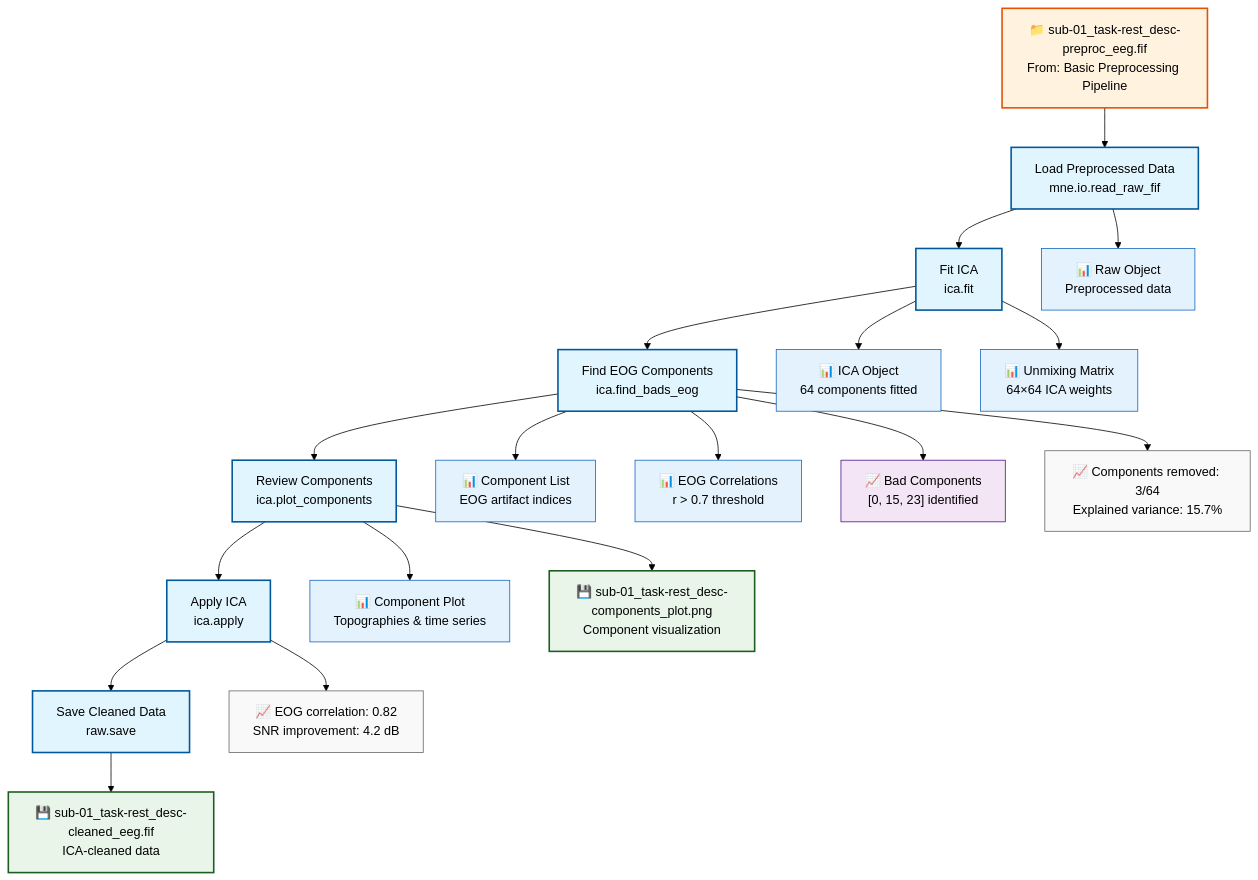
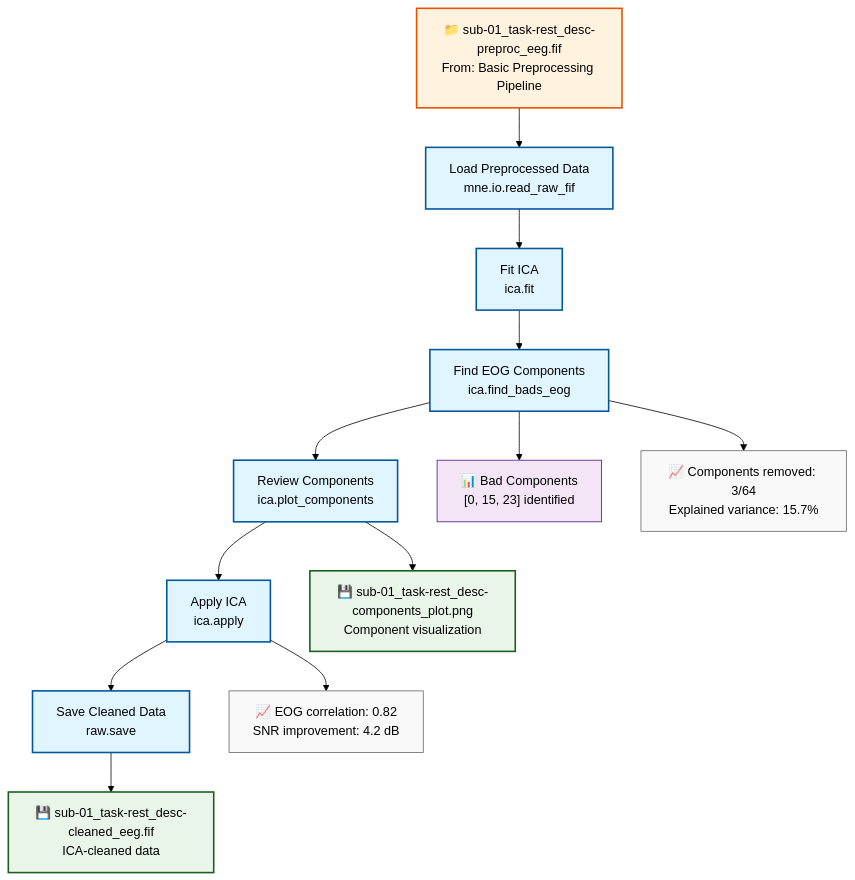
One commit to signalJourney/signalJourney changed the diagram in docs/examples/ica_decomposition_mne.md. Above: the diagram before and after it, drawn with Mermaid (forest theme). The commit also changed 11 other files, not shown here.

````diff
--- a/docs/examples/ica_decomposition_mne.md
+++ b/docs/examples/ica_decomposition_mne.md
@@ -17,45 +17,35 @@
 ```mermaid
 flowchart TD
     A[Load Preprocessed Data<br/>mne.io.read_raw_fif] --> B[Fit ICA<br/>ica.fit]
     B --> C[Find EOG Components<br/>ica.find_bads_eog]
     C --> D[Review Components<br/>ica.plot_components]
     D --> E[Apply ICA<br/>ica.apply]
     E --> F[Save Cleaned Data<br/>raw.save]
     
-    %% Input from basic preprocessing
+    %% Input file
     G["📁 sub-01_task-rest_desc-preproc_eeg.fif<br/>From: Basic Preprocessing Pipeline"] --> A
     
-    %% Intermediate outputs
-    A --> A1["📊 Raw Object<br/>Preprocessed data"]
-    B --> B1["📊 ICA Object<br/>64 components fitted"]
-    C --> C1["📊 Component List<br/>EOG artifact indices"]
-    D --> D1["📊 Component Plot<br/>Topographies & time series"]
-    
-    %% Analysis data
-    B --> V1["📊 Unmixing Matrix<br/>64×64 ICA weights"]
-    C --> V2["📊 EOG Correlations<br/>r > 0.7 threshold"]
-    C --> V3["📈 Bad Components<br/>[0, 15, 23] identified"]
+    %% Inline data
+    C --> V3["📊 Bad Components<br/>[0, 15, 23] identified"]
     
     %% Final outputs
     F --> H["💾 sub-01_task-rest_desc-cleaned_eeg.fif<br/>ICA-cleaned data"]
     D --> I["💾 sub-01_task-rest_desc-components_plot.png<br/>Component visualization"]
     
     %% Quality metrics
     C --> Q1["📈 Components removed: 3/64<br/>Explained variance: 15.7%"]
     E --> Q2["📈 EOG correlation: 0.82<br/>SNR improvement: 4.2 dB"]
 
     %% Styling
     classDef processStep fill:#e1f5fe,stroke:#01579b,stroke-width:2px
     classDef inputFile fill:#fff3e0,stroke:#e65100,stroke-width:2px
     classDef outputFile fill:#e8f5e8,stroke:#1b5e20,stroke-width:2px
-    classDef inMemoryData fill:#e3f2fd,stroke:#1565c0,stroke-width:1px
     classDef inlineData fill:#f3e5f5,stroke:#4a148c,stroke-width:1px
     classDef qualityMetric fill:#f9f9f9,stroke:#666,stroke-width:1px
 
     class A,B,C,D,E,F processStep
     class G inputFile
     class H,I outputFile
-    class A1,B1,C1,D1,V1,V2 inMemoryData
     class V3 inlineData
     class Q1,Q2 qualityMetric
 ```
````
